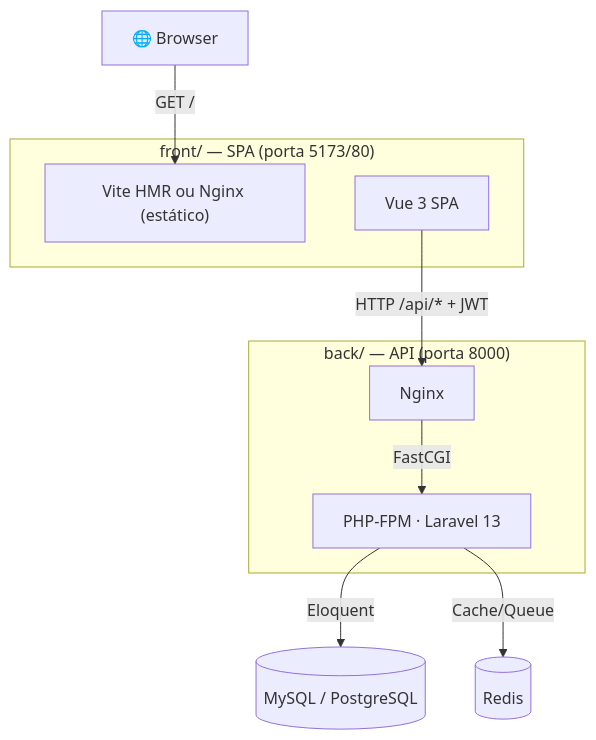
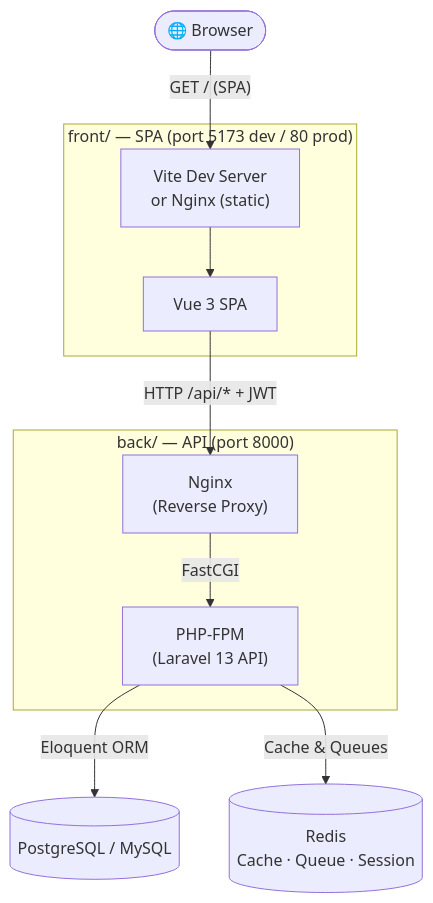
One commit to NicholasGDev/NG-Erp changed the first of 7 diagrams in README.md. Above: the diagram before and after it, drawn with Mermaid. The commit also changed other lines of this file and 29 other files, not shown here.

````diff
--- a/README.md
+++ b/README.md
@@ -92,23 +61,24 @@
 ```mermaid
 flowchart TD
-    Browser["🌐 Browser"]
+    Browser(["🌐 Browser"])
 
-    subgraph front ["front/ — SPA (porta 5173/80)"]
-        Vite["Vite HMR ou Nginx (estático)"]
-        Vue["Vue 3 SPA"]
+    subgraph front ["front/ — SPA (port 5173 dev / 80 prod)"]
+        Vite["Vite Dev Server\nor Nginx (static)"]
+        SPA["Vue 3 SPA"]
+        Vite --> SPA
     end
 
-    subgraph back ["back/ — API (porta 8000)"]
-        NgxAPI["Nginx"]
-        PHP["PHP-FPM · Laravel 13"]
-        NgxAPI -->|FastCGI| PHP
+    subgraph back ["back/ — API (port 8000)"]
+        NgxAPI["Nginx\n(Reverse Proxy)"]
+        PHPFPM["PHP-FPM\n(Laravel 13 API)"]
+        NgxAPI -->|FastCGI| PHPFPM
     end
 
-    DB[("MySQL / PostgreSQL")]
-    Redis[("Redis")]
+    PG[("PostgreSQL / MySQL")]
+    Redis[("Redis\nCache · Queue · Session")]
 
-    Browser -->|"GET /"| Vite
-    Vue -->|"HTTP /api/* + JWT"| NgxAPI
-    PHP -->|Eloquent| DB
-    PHP -->|Cache/Queue| Redis
+    Browser -->|"GET / (SPA)"| Vite
+    SPA -->|"HTTP /api/* + JWT"| NgxAPI
+    PHPFPM -->|Eloquent ORM| PG
+    PHPFPM -->|"Cache & Queues"| Redis
 ```
````
